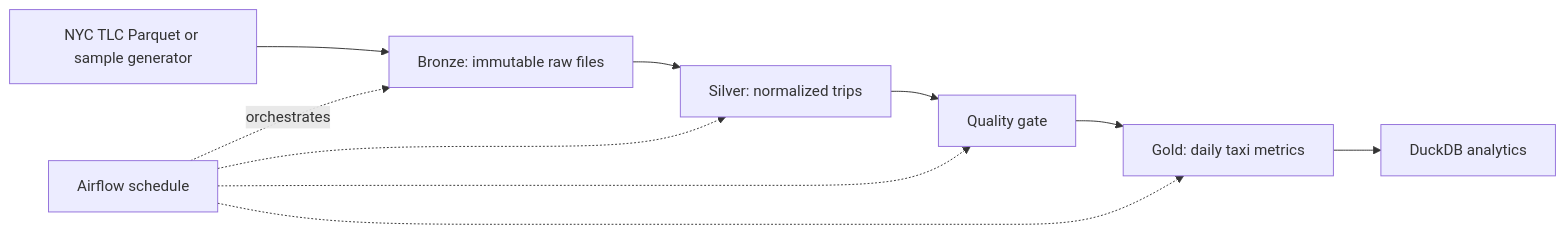
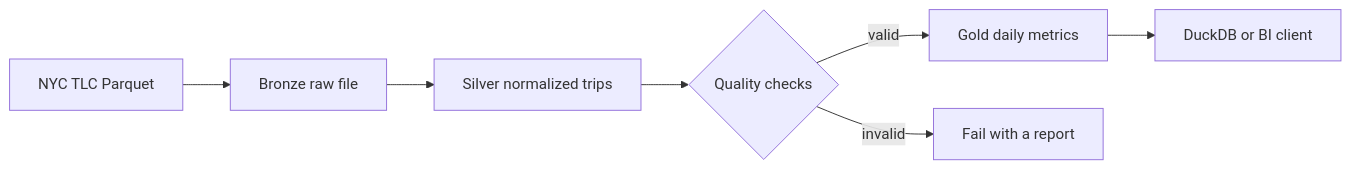
One commit to Fatoomnoour/nyc-taxi-lakehouse changed the diagram in README.md. Above: the diagram before and after it, drawn with Mermaid. The commit also changed other lines of this file and 2 other files, not shown here.

````diff
--- a/README.md
+++ b/README.md
@@ -11,12 +9,9 @@
 ```mermaid
 flowchart LR
-    A[NYC TLC Parquet or sample generator] --> B[Bronze: immutable raw files]
-    B --> C[Silver: normalized trips]
-    C --> D[Quality gate]
-    D --> E[Gold: daily taxi metrics]
-    E --> F[DuckDB analytics]
-    G[Airflow schedule] -. orchestrates .-> B
-    G -.-> C
-    G -.-> D
-    G -.-> E
+    A[NYC TLC Parquet] --> B[Bronze raw file]
+    B --> C[Silver normalized trips]
+    C --> D{Quality checks}
+    D -->|valid| E[Gold daily metrics]
+    D -->|invalid| X[Fail with a report]
+    E --> F[DuckDB or BI client]
 ```
````
